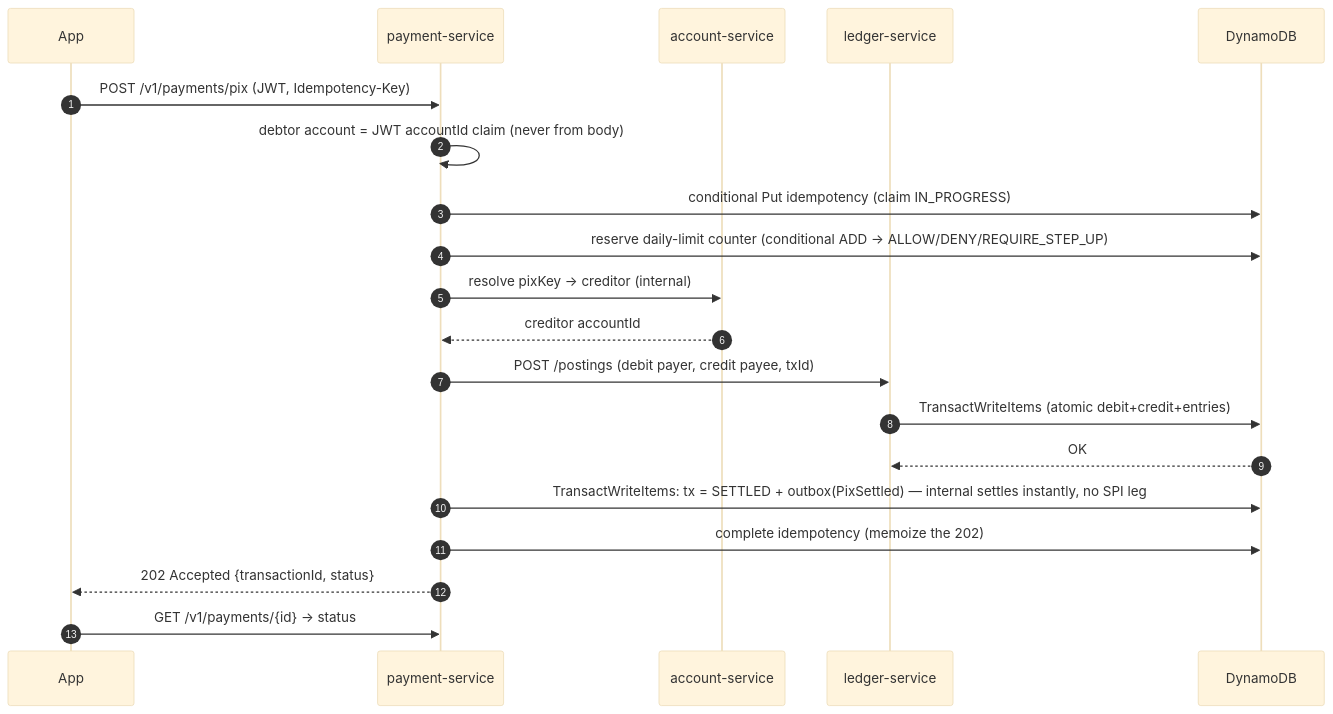
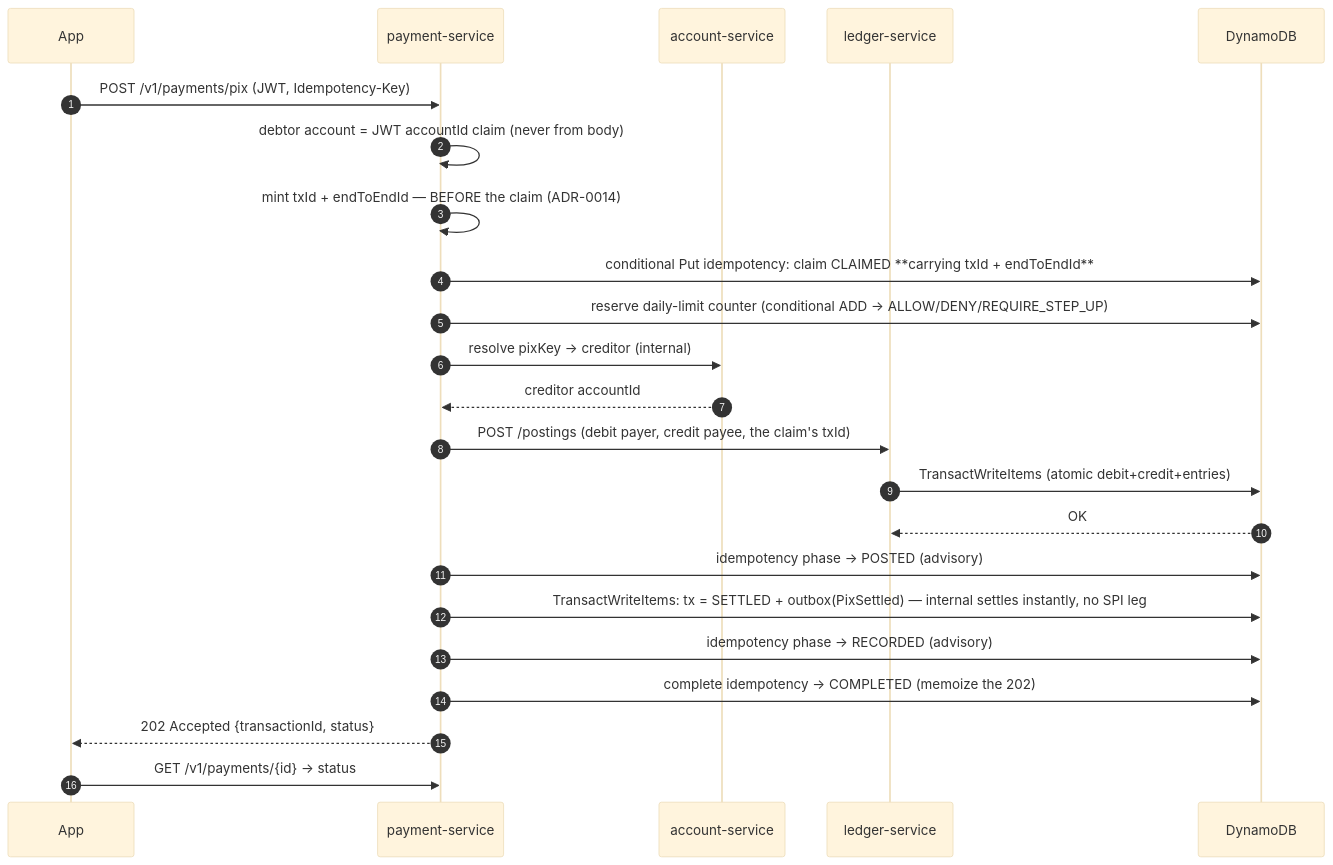
Before and after one commit to filiperibolli/platinumcoin-pix: the eighth of 17 diagrams in ARCHITECTURE.md, drawn with Mermaid (base theme). The commit also changed other lines of this file and 22 other files, not shown here.

````diff
--- a/ARCHITECTURE.md
+++ b/ARCHITECTURE.md
@@ -454,22 +454,25 @@
 ```mermaid
 sequenceDiagram
     autonumber
     participant App
     participant PAY as payment-service
     participant ACC as account-service
     participant LED as ledger-service
     participant DDB as DynamoDB
     App->>PAY: POST /v1/payments/pix (JWT, Idempotency-Key)
     PAY->>PAY: debtor account = JWT accountId claim (never from body)
-    PAY->>DDB: conditional Put idempotency (claim IN_PROGRESS)
+    PAY->>PAY: mint txId + endToEndId — BEFORE the claim (ADR-0014)
+    PAY->>DDB: conditional Put idempotency: claim CLAIMED **carrying txId + endToEndId**
     PAY->>DDB: reserve daily-limit counter (conditional ADD → ALLOW/DENY/REQUIRE_STEP_UP)
     PAY->>ACC: resolve pixKey → creditor (internal)
     ACC-->>PAY: creditor accountId
-    PAY->>LED: POST /postings (debit payer, credit payee, txId)
+    PAY->>LED: POST /postings (debit payer, credit payee, the claim's txId)
     LED->>DDB: TransactWriteItems (atomic debit+credit+entries)
     DDB-->>LED: OK
+    PAY->>DDB: idempotency phase → POSTED (advisory)
     PAY->>DDB: TransactWriteItems: tx = SETTLED + outbox(PixSettled) — internal settles instantly, no SPI leg
-    PAY->>DDB: complete idempotency (memoize the 202)
+    PAY->>DDB: idempotency phase → RECORDED (advisory)
+    PAY->>DDB: complete idempotency → COMPLETED (memoize the 202)
     PAY-->>App: 202 Accepted {transactionId, status}
     App->>PAY: GET /v1/payments/{id} → status
 ```
````
